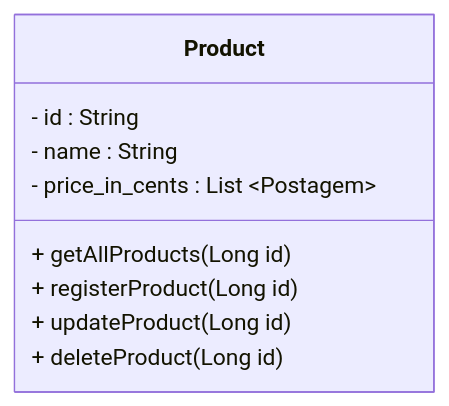
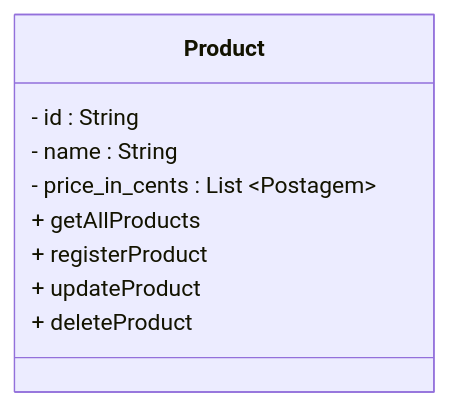
One commit to renatonunes74/foodminder changed the first of 2 diagrams in README.md. Above: the diagram before and after it, drawn with Mermaid.

Commit message:
docs: diagrama de classes

````diff
--- a/README.md
+++ b/README.md
@@ -73,12 +73,12 @@
 ```mermaid
 classDiagram
 class Product {
   - id : String
   - name : String
   - price_in_cents : List ~Postagem~
-  + getAllProducts(Long id)
-  + registerProduct(Long id)
-  + updateProduct(Long id)
-  + deleteProduct(Long id)
+  + getAllProducts
+  + registerProduct
+  + updateProduct
+  + deleteProduct
 }
 ```
````
